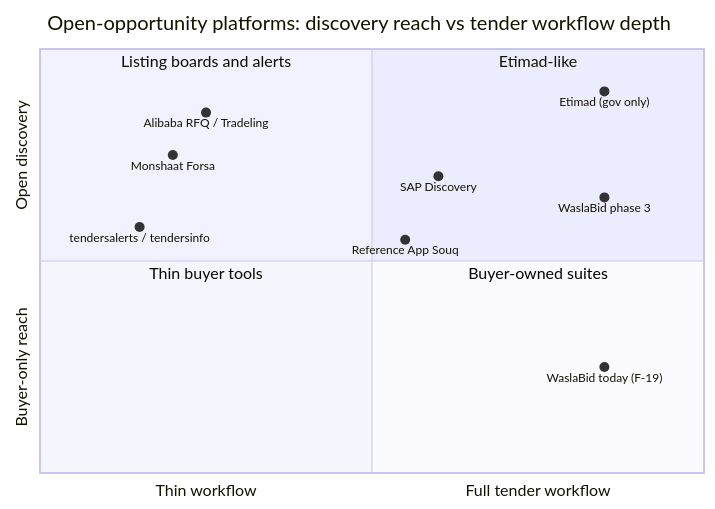
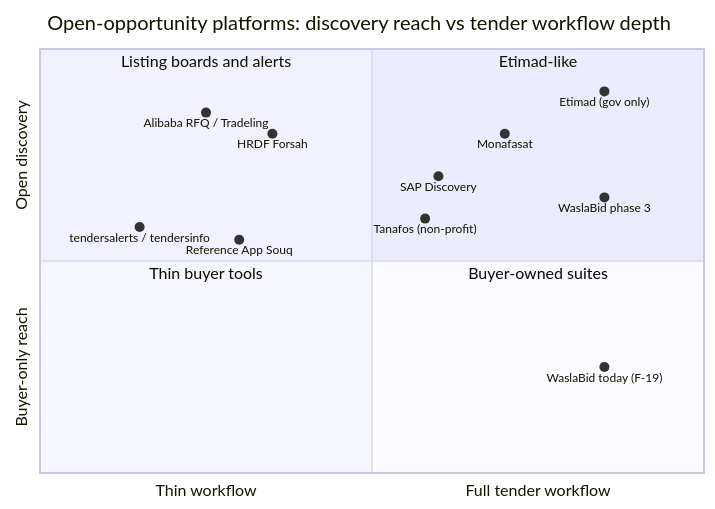
The first of 2 diagrams in docs/adr/0007-open-opportunities-directory.md (AhmedAssaf/ERP), drawn with Mermaid before and after one commit. The commit also changed other lines of this file and 7 other files, not shown here.

````diff
--- a/docs/adr/0007-open-opportunities-directory.md
+++ b/docs/adr/0007-open-opportunities-directory.md
@@ -14,19 +14,21 @@
 ```mermaid
 %%{init: {"quadrantChart": {"chartWidth": 700, "chartHeight": 500}}}%%
 quadrantChart
     title Open-opportunity platforms: discovery reach vs tender workflow depth
     x-axis Thin workflow --> Full tender workflow
     y-axis Buyer-only reach --> Open discovery
     quadrant-1 Etimad-like
     quadrant-2 Listing boards and alerts
     quadrant-3 Thin buyer tools
     quadrant-4 Buyer-owned suites
     "Etimad (gov only)": [0.85, 0.90]
-    "Monshaat Forsa": [0.20, 0.75]
+    "HRDF Forsah": [0.35, 0.80]
+    "Monafasat": [0.70, 0.80]
+    "Tanafos (non-profit)": [0.58, 0.60]
     "SAP Discovery": [0.60, 0.70]
-    "Reference App Souq": [0.55, 0.55]
+    "Reference App Souq": [0.30, 0.55]
     "Alibaba RFQ / Tradeling": [0.25, 0.85]
     "tendersalerts / tendersinfo": [0.15, 0.58]
     "WaslaBid today (F-19)": [0.85, 0.25]
     "WaslaBid phase 3": [0.85, 0.65]
 ```
````
